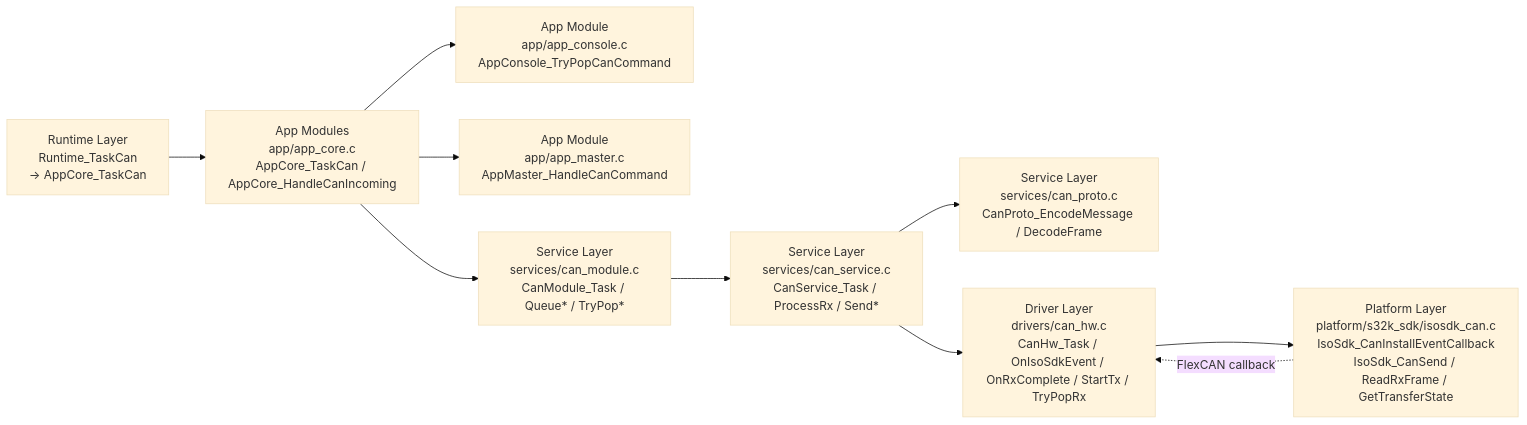
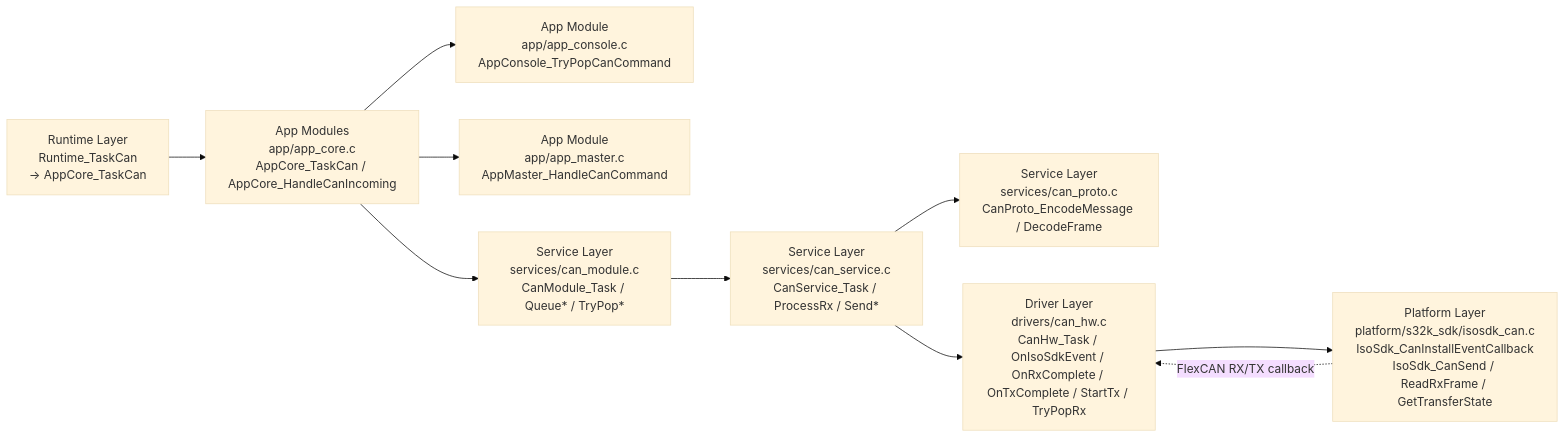
Before and after one commit to leejh63/submit_subject: the seventh of 18 diagrams in embeded/re_5/s32k_task_layer_maps.md, drawn with Mermaid (base theme). The commit also changed other lines of this file and 5 other files, not shown here.

````diff
--- a/embeded/re_5/s32k_task_layer_maps.md
+++ b/embeded/re_5/s32k_task_layer_maps.md
@@ -113,19 +115,19 @@
 ```mermaid
 flowchart LR
   RT["Runtime Layer<br/>Runtime_TaskCan<br/>-> AppCore_TaskCan"]
   APP1["App Modules<br/>app/app_core.c<br/>AppCore_TaskCan / AppCore_HandleCanIncoming"]
   APP2["App Module<br/>app/app_console.c<br/>AppConsole_TryPopCanCommand"]
   APP3["App Module<br/>app/app_master.c<br/>AppMaster_HandleCanCommand"]
   SVC1["Service Layer<br/>services/can_module.c<br/>CanModule_Task / Queue* / TryPop*"]
   SVC2["Service Layer<br/>services/can_service.c<br/>CanService_Task / ProcessRx / Send*"]
   SVC3["Service Layer<br/>services/can_proto.c<br/>CanProto_EncodeMessage / DecodeFrame"]
-  DRV["Driver Layer<br/>drivers/can_hw.c<br/>CanHw_Task / OnIsoSdkEvent / OnRxComplete / StartTx / TryPopRx"]
+  DRV["Driver Layer<br/>drivers/can_hw.c<br/>CanHw_Task / OnIsoSdkEvent / OnRxComplete / OnTxComplete / StartTx / TryPopRx"]
   PLT["Platform Layer<br/>platform/s32k_sdk/isosdk_can.c<br/>IsoSdk_CanInstallEventCallback<br/>IsoSdk_CanSend / ReadRxFrame / GetTransferState"]
 
   RT --> APP1
   APP1 --> APP2
   APP1 --> APP3
   APP1 --> SVC1 --> SVC2 --> SVC3
   SVC2 --> DRV --> PLT
-  PLT -. FlexCAN callback .-> DRV
+  PLT -. FlexCAN RX/TX callback .-> DRV
 ```
````
